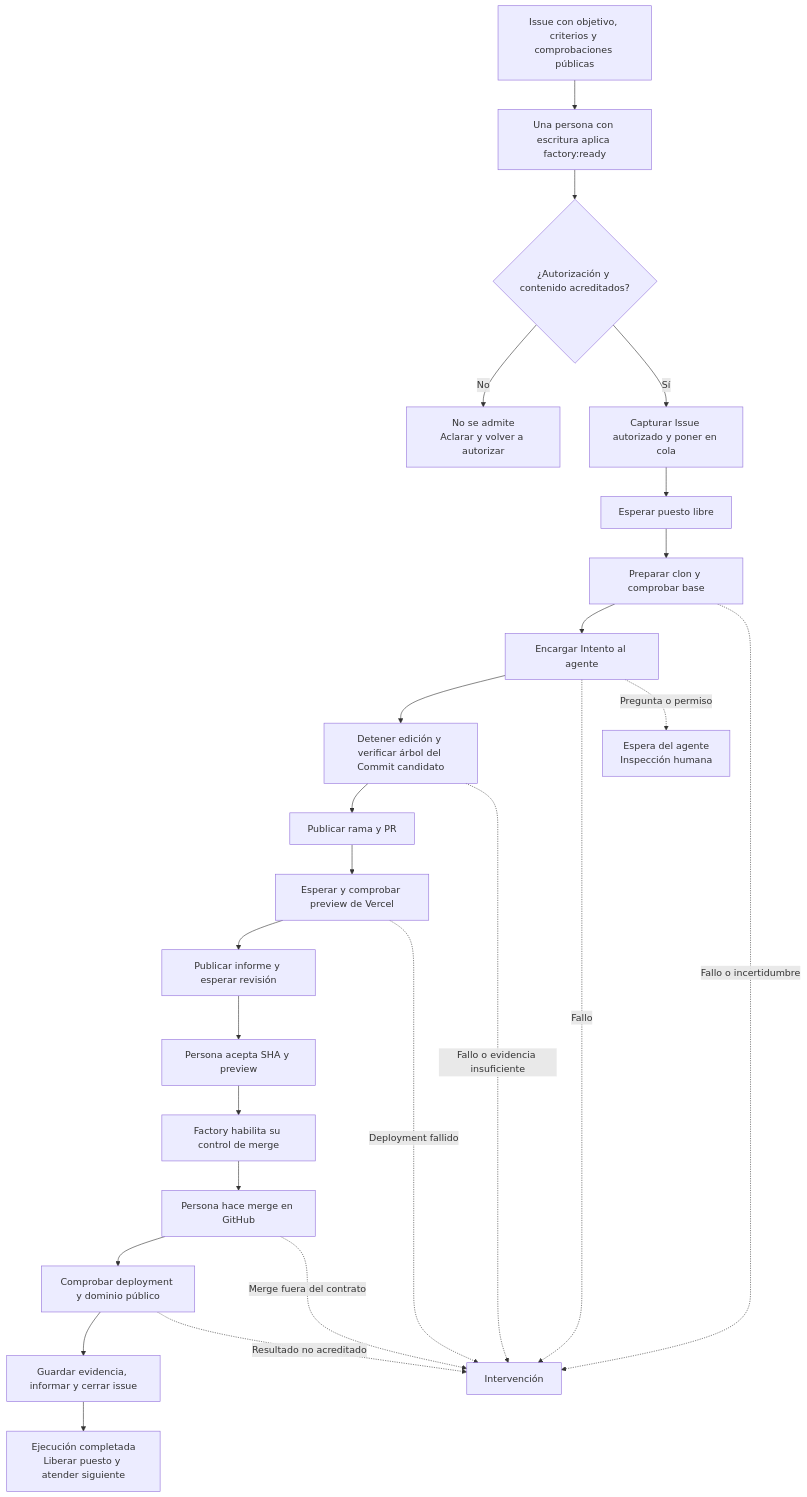
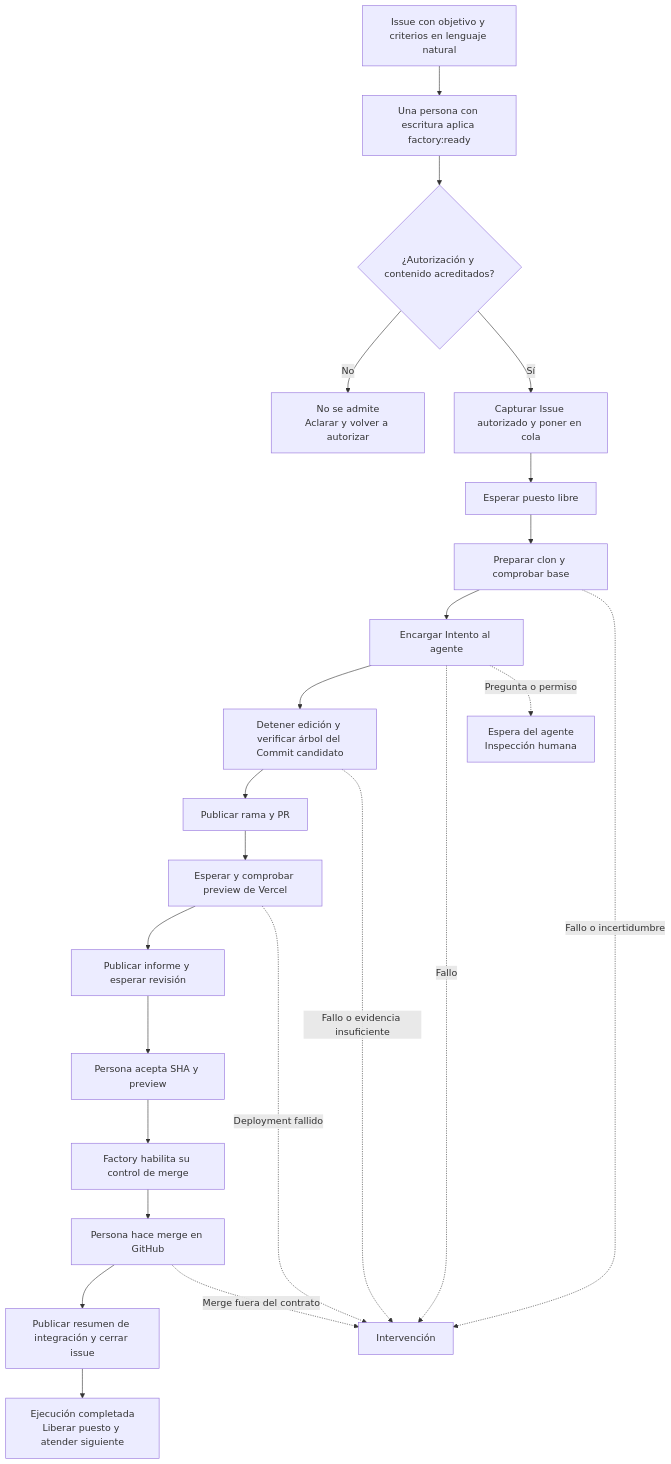
The second of 3 diagrams in docs/manual/01-mapa.md (rubenbp/app-foundry), drawn with Mermaid before and after one commit. The commit also changed other lines of this file and 12 other files, not shown here.

Commit message:
docs: simplify issue authoring and MVP completion flow

````diff
--- a/docs/manual/01-mapa.md
+++ b/docs/manual/01-mapa.md
@@ -54,27 +52,25 @@
 ```mermaid
 flowchart TD
-    I["Issue con objetivo, criterios y comprobaciones públicas"] --> A["Una persona con escritura aplica factory:ready"]
+    I["Issue con objetivo y criterios en lenguaje natural"] --> A["Una persona con escritura aplica factory:ready"]
     A --> D{"¿Autorización y contenido acreditados?"}
     D -->|"No"| N["No se admite<br/>Aclarar y volver a autorizar"]
     D -->|"Sí"| Q["Capturar Issue autorizado y poner en cola"]
     Q --> W["Esperar puesto libre"]
     W --> B["Preparar clon y comprobar base"]
     B --> O["Encargar Intento al agente"]
     O --> T["Detener edición y verificar árbol del Commit candidato"]
     T --> R["Publicar rama y PR"]
     R --> V["Esperar y comprobar preview de Vercel"]
     V --> E["Publicar informe y esperar revisión"]
     E --> H["Persona acepta SHA y preview"]
     H --> G["Factory habilita su control de merge"]
     G --> M["Persona hace merge en GitHub"]
-    M --> P["Comprobar deployment y dominio público"]
-    P --> C["Guardar evidencia, informar y cerrar issue"]
+    M --> C["Publicar resumen de integración y cerrar issue"]
     C --> F["Ejecución completada<br/>Liberar puesto y atender siguiente"]
     B -. "Fallo o incertidumbre" .-> X["Intervención"]
     O -. "Fallo" .-> X
     O -. "Pregunta o permiso" .-> Y["Espera del agente<br/>Inspección humana"]
     T -. "Fallo o evidencia insuficiente" .-> X
     V -. "Deployment fallido" .-> X
     M -. "Merge fuera del contrato" .-> X
-    P -. "Resultado no acreditado" .-> X
 ```
````
